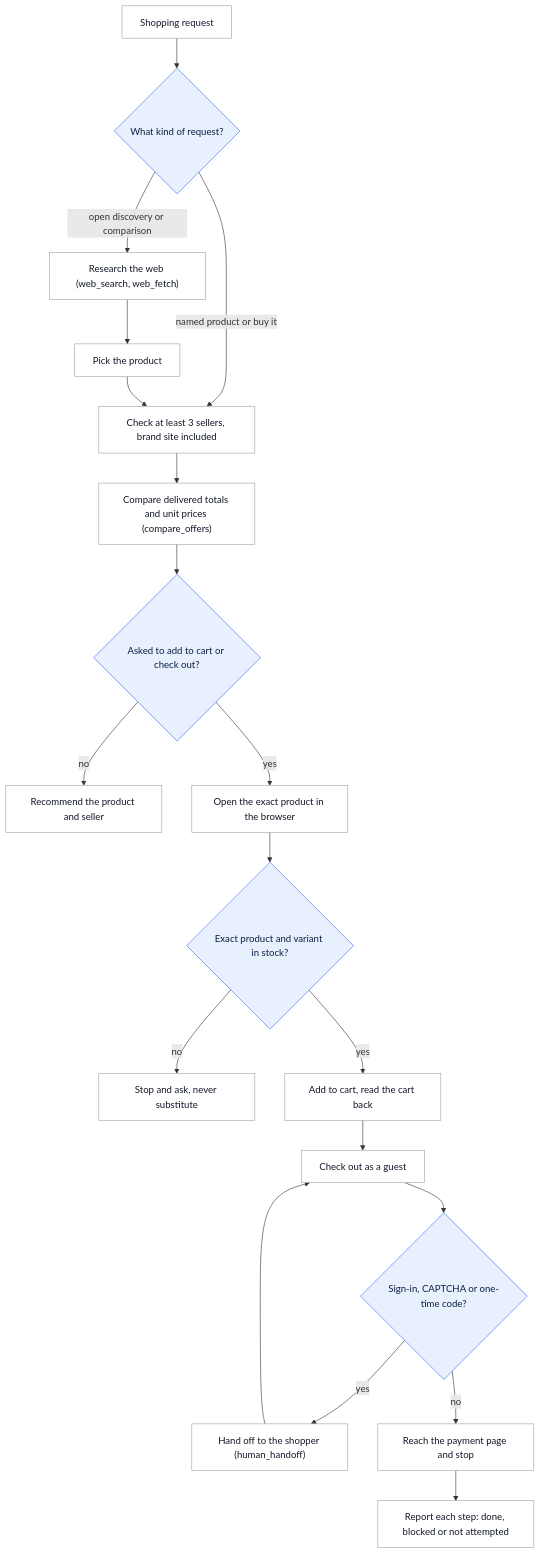
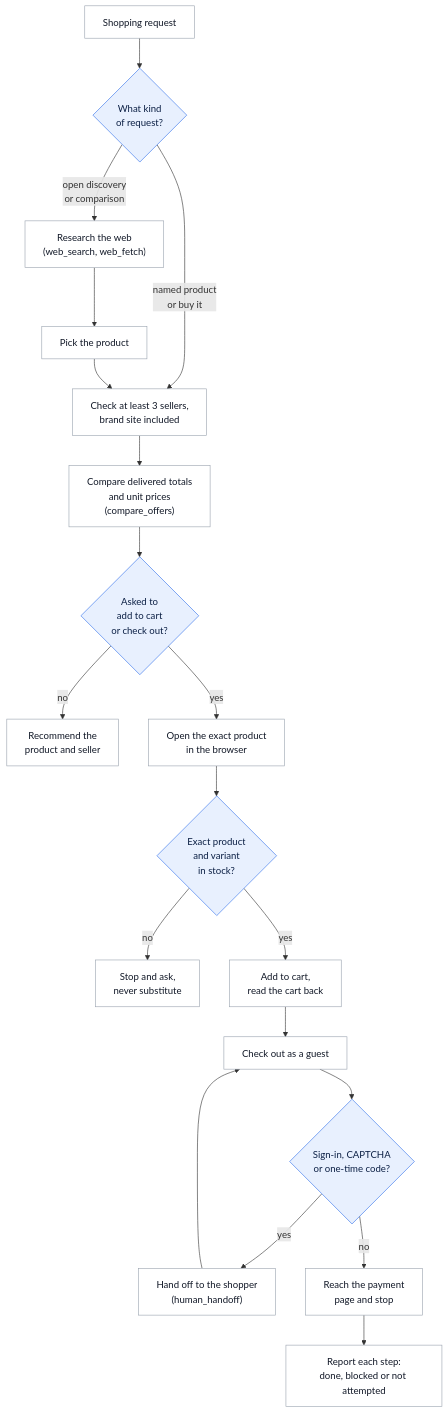
The diagram in README.md (bensabic/benji-tpc), drawn with Mermaid before and after one commit.

Commit message:
Break README flowchart labels so GitHub stops clipping them
Mermaid wraps label text by measuring the viewer's font, so long labels in
diamonds were cut off for some readers. Explicit line breaks make the size fixed.

````diff
--- a/README.md
+++ b/README.md
@@ -39,26 +39,26 @@
 ```mermaid
 flowchart TD
-    request["Shopping request"] --> kind{"What kind of request?"}
-    kind -- "open discovery or comparison" --> research["Research the web (web_search, web_fetch)"]
-    kind -- "named product or buy it" --> sellers
+    request["Shopping request"] --> kind{"What kind<br/>of request?"}
+    kind -- "open discovery<br/>or comparison" --> research["Research the web<br/>(web_search, web_fetch)"]
+    kind -- "named product<br/>or buy it" --> sellers
     research --> product["Pick the product"]
-    product --> sellers["Check at least 3 sellers, brand site included"]
-    sellers --> total["Compare delivered totals and unit prices (compare_offers)"]
-    total --> buy{"Asked to add to cart or check out?"}
-    buy -- no --> recommend["Recommend the product and seller"]
-    buy -- yes --> open["Open the exact product in the browser"]
-    open --> exact{"Exact product and variant in stock?"}
-    exact -- no --> ask["Stop and ask, never substitute"]
-    exact -- yes --> cart["Add to cart, read the cart back"]
+    product --> sellers["Check at least 3 sellers,<br/>brand site included"]
+    sellers --> total["Compare delivered totals<br/>and unit prices<br/>(compare_offers)"]
+    total --> buy{"Asked to<br/>add to cart<br/>or check out?"}
+    buy -- no --> recommend["Recommend the<br/>product and seller"]
+    buy -- yes --> open["Open the exact product<br/>in the browser"]
+    open --> exact{"Exact product<br/>and variant<br/>in stock?"}
+    exact -- no --> ask["Stop and ask,<br/>never substitute"]
+    exact -- yes --> cart["Add to cart,<br/>read the cart back"]
     cart --> guest["Check out as a guest"]
-    guest --> human{"Sign-in, CAPTCHA or one-time code?"}
-    human -- yes --> handoff["Hand off to the shopper (human_handoff)"]
+    guest --> human{"Sign-in, CAPTCHA<br/>or one-time code?"}
+    human -- yes --> handoff["Hand off to the shopper<br/>(human_handoff)"]
     handoff --> guest
-    human -- no --> pay["Reach the payment page and stop"]
-    pay --> report["Report each step: done, blocked or not attempted"]
+    human -- no --> pay["Reach the payment<br/>page and stop"]
+    pay --> report["Report each step:<br/>done, blocked or not attempted"]
 
     classDef step fill:#FFFFFF,stroke:#9AA3AF,color:#111827
     classDef decision fill:#E8F0FE,stroke:#2F6FEB,color:#0B1F44
     class request,research,product,sellers,total,open,cart,guest,recommend,ask,handoff,pay,report step
     class kind,buy,exact,human decision
 ```
````
